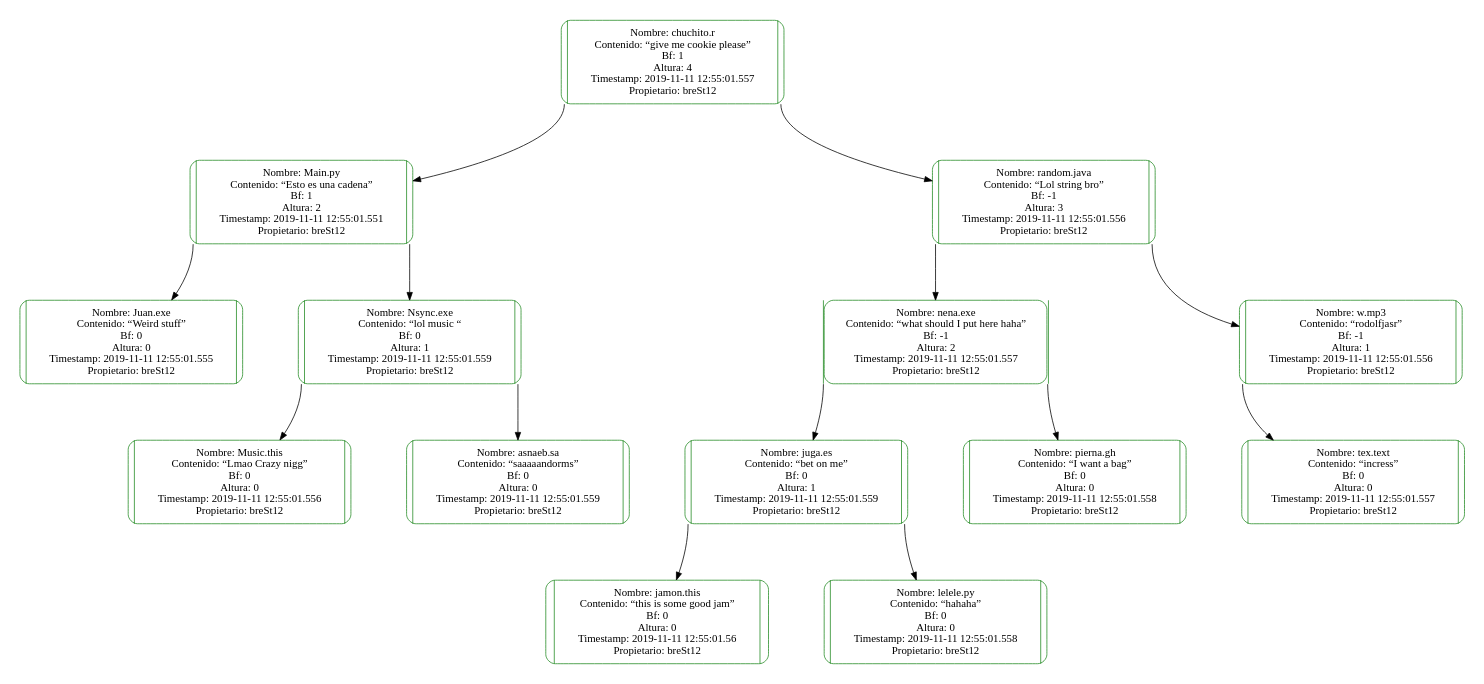
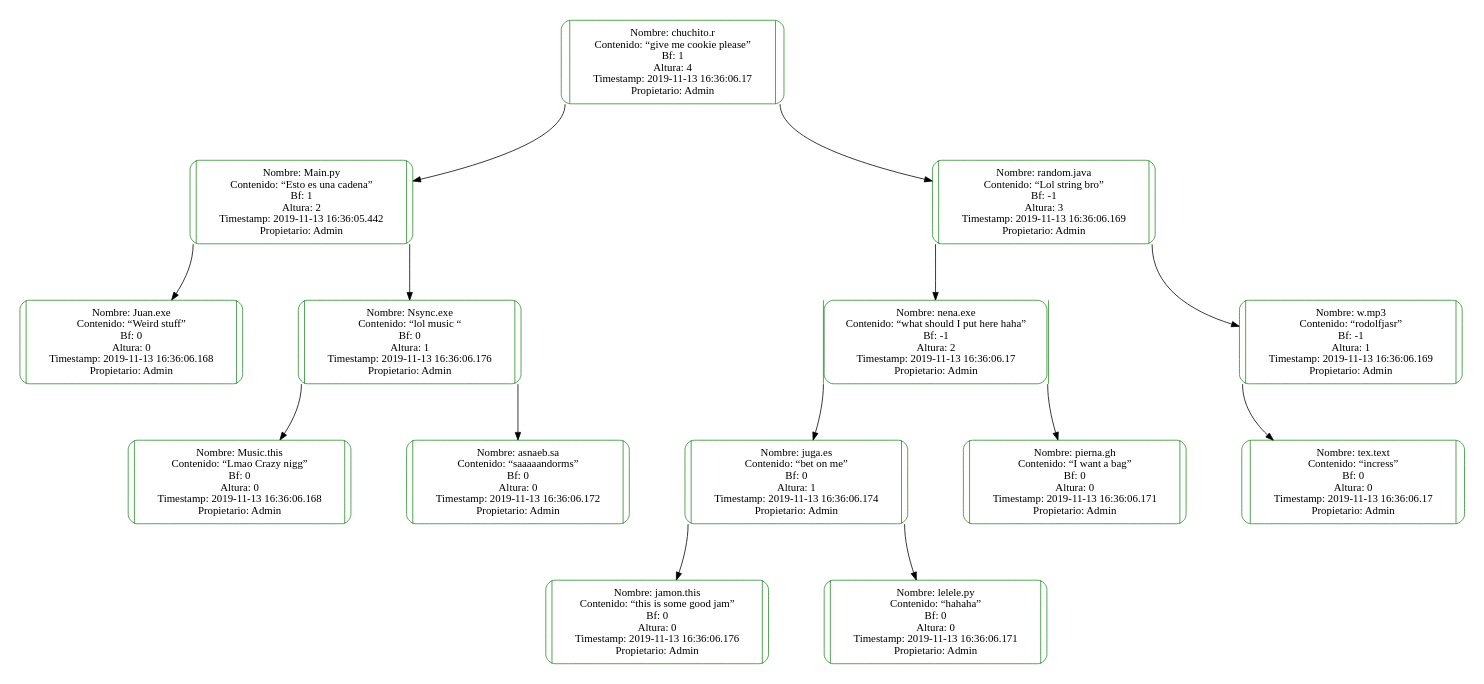
One commit to JPineda12/EDD_2S2019_PY2_201404405 changed the diagram in Reports/AVLTree.dot. Above: the diagram before and after it, drawn with Graphviz. The commit also changed 47 other files, not shown here.

```diff
--- a/Reports/AVLTree.dot
+++ b/Reports/AVLTree.dot
@@ -1,48 +1,48 @@
 digraph AVLTree {
     rankdir=TB;
     graph [pad=".25", ranksep="1.0", nodesep="1"];
     node [shape=record, style = rounded, color = forestgreen];
     node [width = 4, height = 1.5, fixedsize="true"];
     //Nodes and links creation
-     ndchuchitor[label="<left> | Nombre: chuchito.r\nContenido: “give me cookie please”\nBf: 1\nAltura: 4\nTimestamp: 2019-11-11 12:55:01.557\nPropietario: breSt12 | <right>"];
+     ndchuchitor[label="<left> | Nombre: chuchito.r\nContenido: “give me cookie please”\nBf: 1\nAltura: 4\nTimestamp: 2019-11-13 16:36:06.17\nPropietario: Admin | <right>"];
      //Links ndchuchitor
      ndchuchitor:left->ndMainpy
      ndchuchitor:right->ndrandomjava
-     ndMainpy[label="<left> | Nombre: Main.py\nContenido: “Esto es una cadena”\nBf: 1\nAltura: 2\nTimestamp: 2019-11-11 12:55:01.551\nPropietario: breSt12 | <right>"];
+     ndMainpy[label="<left> | Nombre: Main.py\nContenido: “Esto es una cadena”\nBf: 1\nAltura: 2\nTimestamp: 2019-11-13 16:36:05.442\nPropietario: Admin | <right>"];
      //Links ndMainpy
      ndMainpy:left->ndJuanexe
      ndMainpy:right->ndNsyncexe
-     ndJuanexe[label="<left> | Nombre: Juan.exe\nContenido: “Weird stuff”\nBf: 0\nAltura: 0\nTimestamp: 2019-11-11 12:55:01.555\nPropietario: breSt12 | <right>"];
+     ndJuanexe[label="<left> | Nombre: Juan.exe\nContenido: “Weird stuff”\nBf: 0\nAltura: 0\nTimestamp: 2019-11-13 16:36:06.168\nPropietario: Admin | <right>"];
      //Links ndJuanexe
-     ndNsyncexe[label="<left> | Nombre: Nsync.exe\nContenido: “lol music “\nBf: 0\nAltura: 1\nTimestamp: 2019-11-11 12:55:01.559\nPropietario: breSt12 | <right>"];
+     ndNsyncexe[label="<left> | Nombre: Nsync.exe\nContenido: “lol music “\nBf: 0\nAltura: 1\nTimestamp: 2019-11-13 16:36:06.176\nPropietario: Admin | <right>"];
      //Links ndNsyncexe
      ndNsyncexe:left->ndMusicthis
      ndNsyncexe:right->ndasnaebsa
-     ndMusicthis[label="<left> | Nombre: Music.this\nContenido: “Lmao Crazy nigg”\nBf: 0\nAltura: 0\nTimestamp: 2019-11-11 12:55:01.556\nPropietario: breSt12 | <right>"];
+     ndMusicthis[label="<left> | Nombre: Music.this\nContenido: “Lmao Crazy nigg”\nBf: 0\nAltura: 0\nTimestamp: 2019-11-13 16:36:06.168\nPropietario: Admin | <right>"];
      //Links ndMusicthis
-     ndasnaebsa[label="<left> | Nombre: asnaeb.sa\nContenido: “saaaaandorms”\nBf: 0\nAltura: 0\nTimestamp: 2019-11-11 12:55:01.559\nPropietario: breSt12 | <right>"];
+     ndasnaebsa[label="<left> | Nombre: asnaeb.sa\nContenido: “saaaaandorms”\nBf: 0\nAltura: 0\nTimestamp: 2019-11-13 16:36:06.172\nPropietario: Admin | <right>"];
      //Links ndasnaebsa
-     ndrandomjava[label="<left> | Nombre: random.java\nContenido: “Lol string bro”\nBf: -1\nAltura: 3\nTimestamp: 2019-11-11 12:55:01.556\nPropietario: breSt12 | <right>"];
+     ndrandomjava[label="<left> | Nombre: random.java\nContenido: “Lol string bro”\nBf: -1\nAltura: 3\nTimestamp: 2019-11-13 16:36:06.169\nPropietario: Admin | <right>"];
      //Links ndrandomjava
      ndrandomjava:left->ndnenaexe
      ndrandomjava:right->ndwmp3
-     ndnenaexe[label="<left> | Nombre: nena.exe\nContenido: “what should I put here haha”\nBf: -1\nAltura: 2\nTimestamp: 2019-11-11 12:55:01.557\nPropietario: breSt12 | <right>"];
+     ndnenaexe[label="<left> | Nombre: nena.exe\nContenido: “what should I put here haha”\nBf: -1\nAltura: 2\nTimestamp: 2019-11-13 16:36:06.17\nPropietario: Admin | <right>"];
      //Links ndnenaexe
      ndnenaexe:left->ndjugaes
      ndnenaexe:right->ndpiernagh
-     ndjugaes[label="<left> | Nombre: juga.es\nContenido: “bet on me”\nBf: 0\nAltura: 1\nTimestamp: 2019-11-11 12:55:01.559\nPropietario: breSt12 | <right>"];
+     ndjugaes[label="<left> | Nombre: juga.es\nContenido: “bet on me”\nBf: 0\nAltura: 1\nTimestamp: 2019-11-13 16:36:06.174\nPropietario: Admin | <right>"];
      //Links ndjugaes
      ndjugaes:left->ndjamonthis
      ndjugaes:right->ndlelelepy
-     ndjamonthis[label="<left> | Nombre: jamon.this\nContenido: “this is some good jam”\nBf: 0\nAltura: 0\nTimestamp: 2019-11-11 12:55:01.56\nPropietario: breSt12 | <right>"];
+     ndjamonthis[label="<left> | Nombre: jamon.this\nContenido: “this is some good jam”\nBf: 0\nAltura: 0\nTimestamp: 2019-11-13 16:36:06.176\nPropietario: Admin | <right>"];
      //Links ndjamonthis
-     ndlelelepy[label="<left> | Nombre: lelele.py\nContenido: “hahaha”\nBf: 0\nAltura: 0\nTimestamp: 2019-11-11 12:55:01.558\nPropietario: breSt12 | <right>"];
+     ndlelelepy[label="<left> | Nombre: lelele.py\nContenido: “hahaha”\nBf: 0\nAltura: 0\nTimestamp: 2019-11-13 16:36:06.171\nPropietario: Admin | <right>"];
      //Links ndlelelepy
-     ndpiernagh[label="<left> | Nombre: pierna.gh\nContenido: “I want a bag”\nBf: 0\nAltura: 0\nTimestamp: 2019-11-11 12:55:01.558\nPropietario: breSt12 | <right>"];
+     ndpiernagh[label="<left> | Nombre: pierna.gh\nContenido: “I want a bag”\nBf: 0\nAltura: 0\nTimestamp: 2019-11-13 16:36:06.171\nPropietario: Admin | <right>"];
      //Links ndpiernagh
-     ndwmp3[label="<left> | Nombre: w.mp3\nContenido: “rodolfjasr”\nBf: -1\nAltura: 1\nTimestamp: 2019-11-11 12:55:01.556\nPropietario: breSt12 | <right>"];
+     ndwmp3[label="<left> | Nombre: w.mp3\nContenido: “rodolfjasr”\nBf: -1\nAltura: 1\nTimestamp: 2019-11-13 16:36:06.169\nPropietario: Admin | <right>"];
      //Links ndwmp3
      ndwmp3:left->ndtextext
-     ndtextext[label="<left> | Nombre: tex.text\nContenido: “incress”\nBf: 0\nAltura: 0\nTimestamp: 2019-11-11 12:55:01.557\nPropietario: breSt12 | <right>"];
+     ndtextext[label="<left> | Nombre: tex.text\nContenido: “incress”\nBf: 0\nAltura: 0\nTimestamp: 2019-11-13 16:36:06.17\nPropietario: Admin | <right>"];
      //Links ndtextext
 }
```
